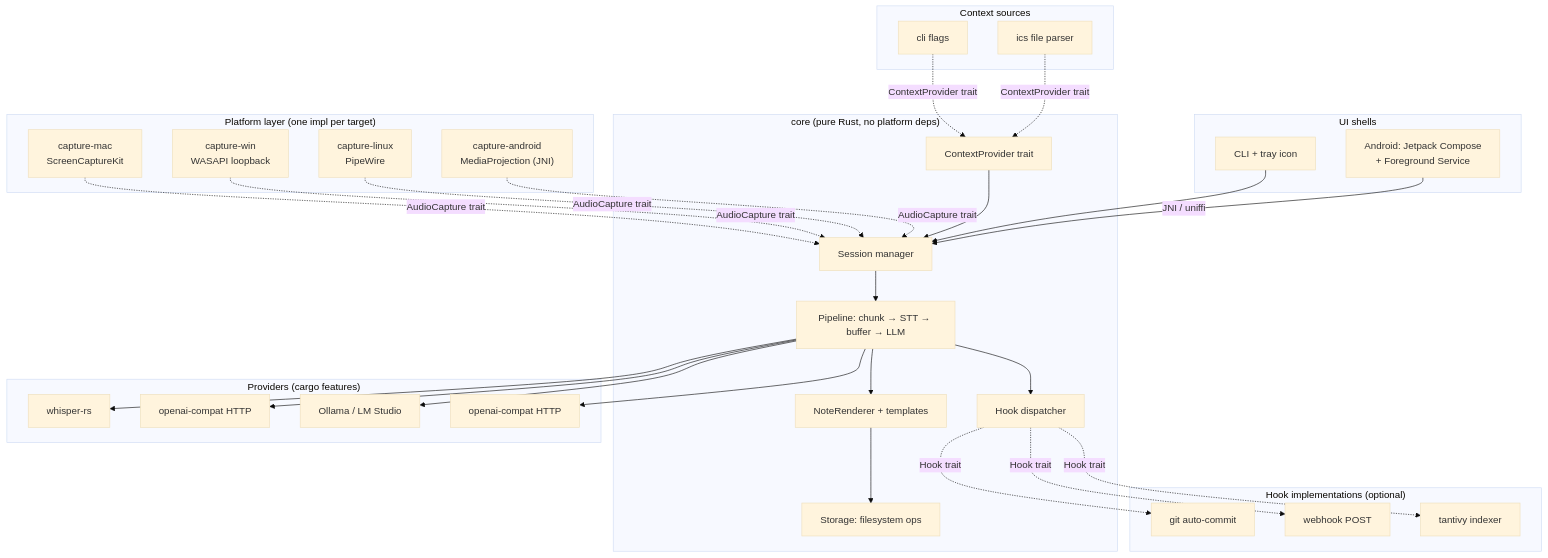
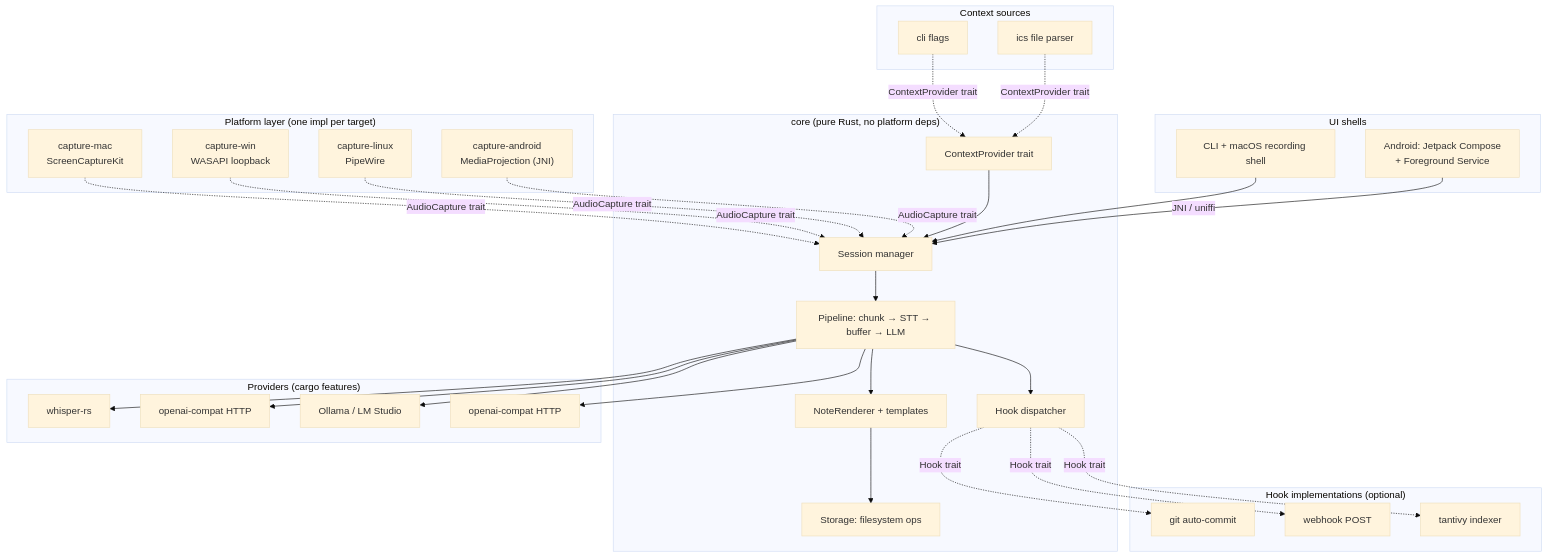
One commit to Mathews-Tom/scrybe changed the first of 6 diagrams in docs/system-design.md. Above: the diagram before and after it, drawn with Mermaid (base theme). The commit also changed other lines of this file and 7 other files, not shown here.

First line of the commit message:
docs(shell): qualify native recording interactions (#117)

````diff
--- a/docs/system-design.md
+++ b/docs/system-design.md
@@ -37,54 +37,54 @@
 ```mermaid
 flowchart TB
     subgraph platform["Platform layer (one impl per target)"]
         MacCap["capture-mac<br/>ScreenCaptureKit"]
         WinCap["capture-win<br/>WASAPI loopback"]
         LinCap["capture-linux<br/>PipeWire"]
         AndCap["capture-android<br/>MediaProjection (JNI)"]
     end
 
     subgraph core["core (pure Rust, no platform deps)"]
         Sess["Session manager"]
         Pipe["Pipeline: chunk → STT → buffer → LLM"]
         Ctx["ContextProvider trait"]
         Store["Storage: filesystem ops"]
         Hooks["Hook dispatcher"]
         Render["NoteRenderer + templates"]
     end
 
     subgraph providers["Providers (cargo features)"]
         STTLocal["whisper-rs"]
         STTCloud["openai-compat HTTP"]
         LLMLocal["Ollama / LM Studio"]
         LLMCloud["openai-compat HTTP"]
     end
 
     subgraph context["Context sources"]
         CtxCli["cli flags"]
         CtxIcs["ics file parser"]
     end
 
     subgraph hooks_impls["Hook implementations (optional)"]
         HookGit["git auto-commit"]
         HookWeb["webhook POST"]
         HookIdx["tantivy indexer"]
     end
 
     subgraph shells["UI shells"]
-        Cli["CLI + tray icon"]
+        Cli["CLI + macOS recording shell"]
         Compose["Android: Jetpack Compose<br/>+ Foreground Service"]
     end
 
     MacCap & WinCap & LinCap & AndCap -.->|AudioCapture trait| Sess
     CtxCli & CtxIcs -.->|ContextProvider trait| Ctx
     Ctx --> Sess
     Sess --> Pipe
     Pipe --> STTLocal & STTCloud
     Pipe --> LLMLocal & LLMCloud
     Pipe --> Hooks
     Hooks -.->|Hook trait| HookGit & HookWeb & HookIdx
     Pipe --> Render
     Render --> Store
     Cli --> Sess
     Compose -->|JNI / uniffi| Sess
 ```
````
